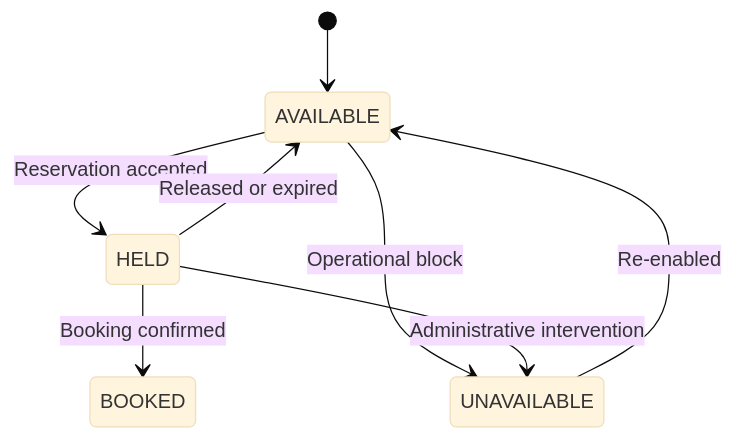
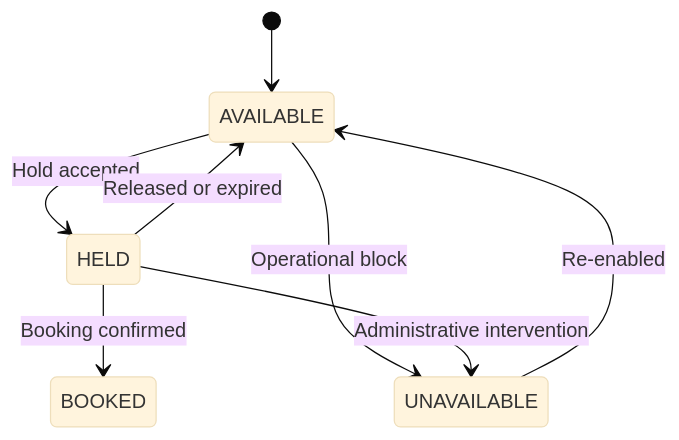
Before and after one commit to HuyKunNe/cinema-system: diagram 15 of 15 in docs/13_SEQUENCE_DIAGRAMS.md, drawn with Mermaid (base theme). The commit also changed other lines of this file and 17 other files, not shown here.

````diff
--- a/docs/13_SEQUENCE_DIAGRAMS.md
+++ b/docs/13_SEQUENCE_DIAGRAMS.md
@@ -243,10 +429,10 @@
 ```mermaid
 stateDiagram-v2
     [*] --> AVAILABLE
-    AVAILABLE --> HELD: Reservation accepted
+    AVAILABLE --> HELD: Hold accepted
     HELD --> AVAILABLE: Released or expired
     HELD --> BOOKED: Booking confirmed
     AVAILABLE --> UNAVAILABLE: Operational block
     HELD --> UNAVAILABLE: Administrative intervention
     UNAVAILABLE --> AVAILABLE: Re-enabled
 ```
````
